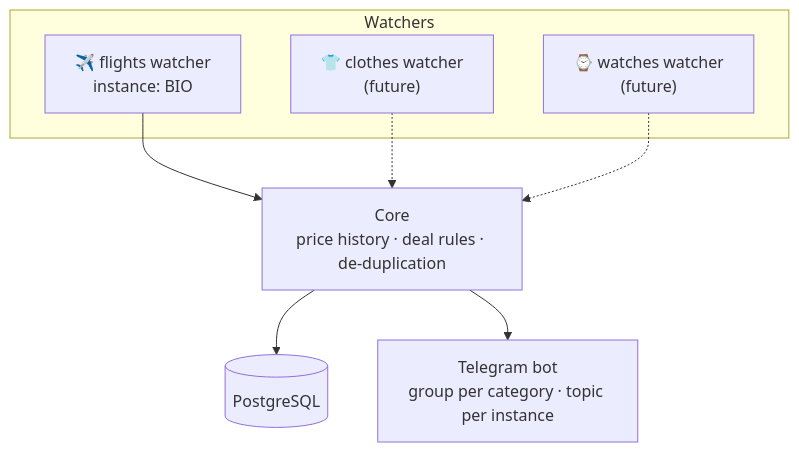
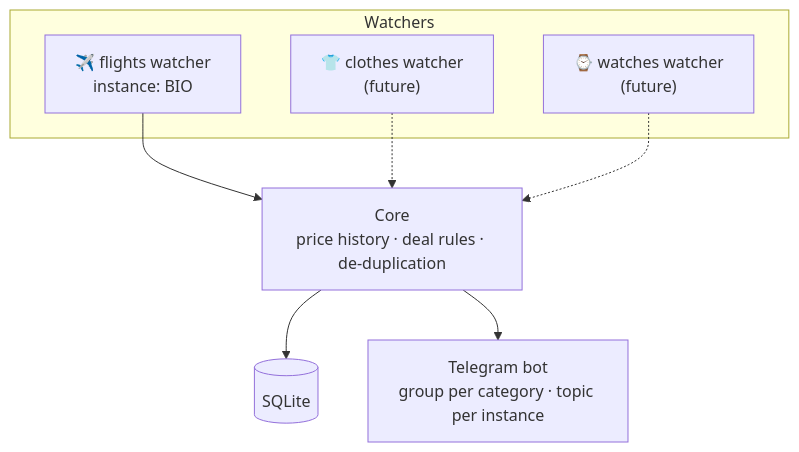
One commit to borjaviadero/bilbao-flight-deals changed the diagram in README.md. Above: the diagram before and after it, drawn with Mermaid.

Commit message:
docs: show SQLite in the README architecture diagram
Claude-Session: https://claude.ai/code/session_01BsKAXZmJFqkuSRgBBPko3r

````diff
--- a/README.md
+++ b/README.md
@@ -39,13 +39,13 @@
 ```mermaid
 flowchart TD
     subgraph Watchers
         F["✈️ flights watcher<br/>instance: BIO"]
         C["👕 clothes watcher<br/>(future)"]
         W["⌚ watches watcher<br/>(future)"]
     end
     F --> CORE
     C -.-> CORE
     W -.-> CORE
-    CORE["Core<br/>price history · deal rules · de-duplication"] --> DB[("PostgreSQL")]
+    CORE["Core<br/>price history · deal rules · de-duplication"] --> DB[("SQLite")]
     CORE --> TG["Telegram bot<br/>group per category · topic per instance"]
 ```
````
